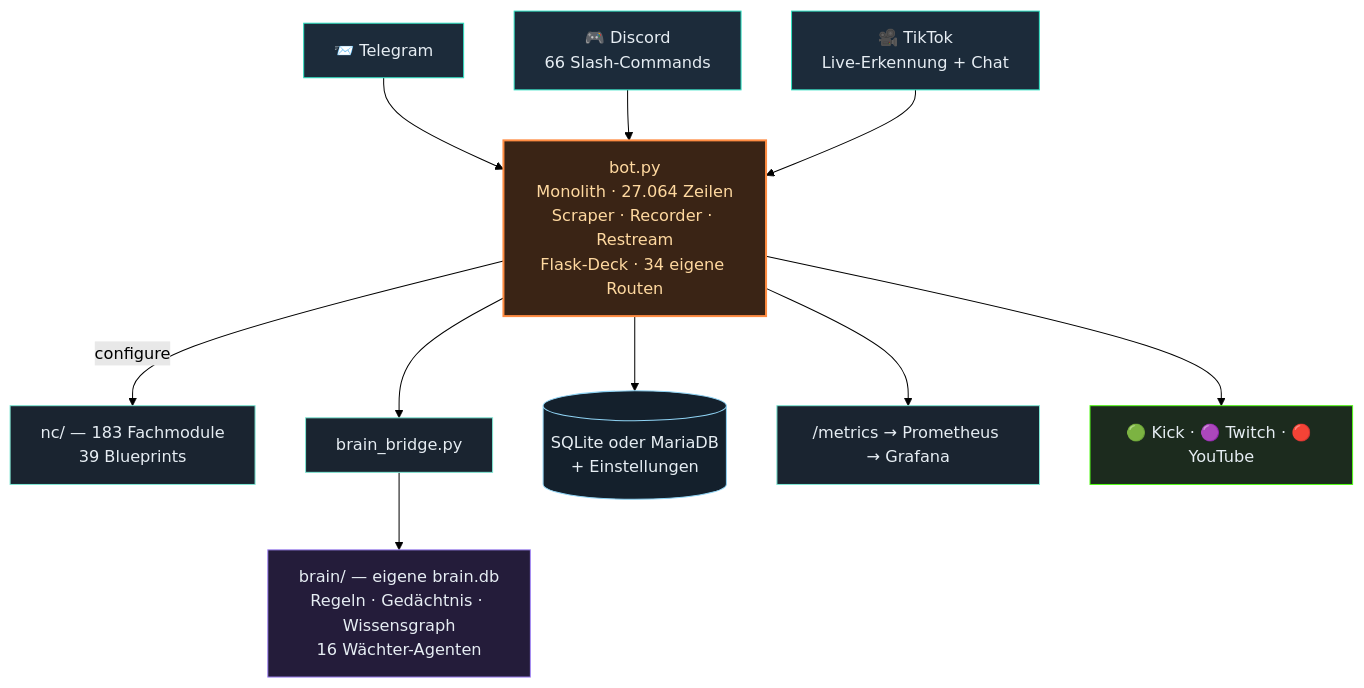
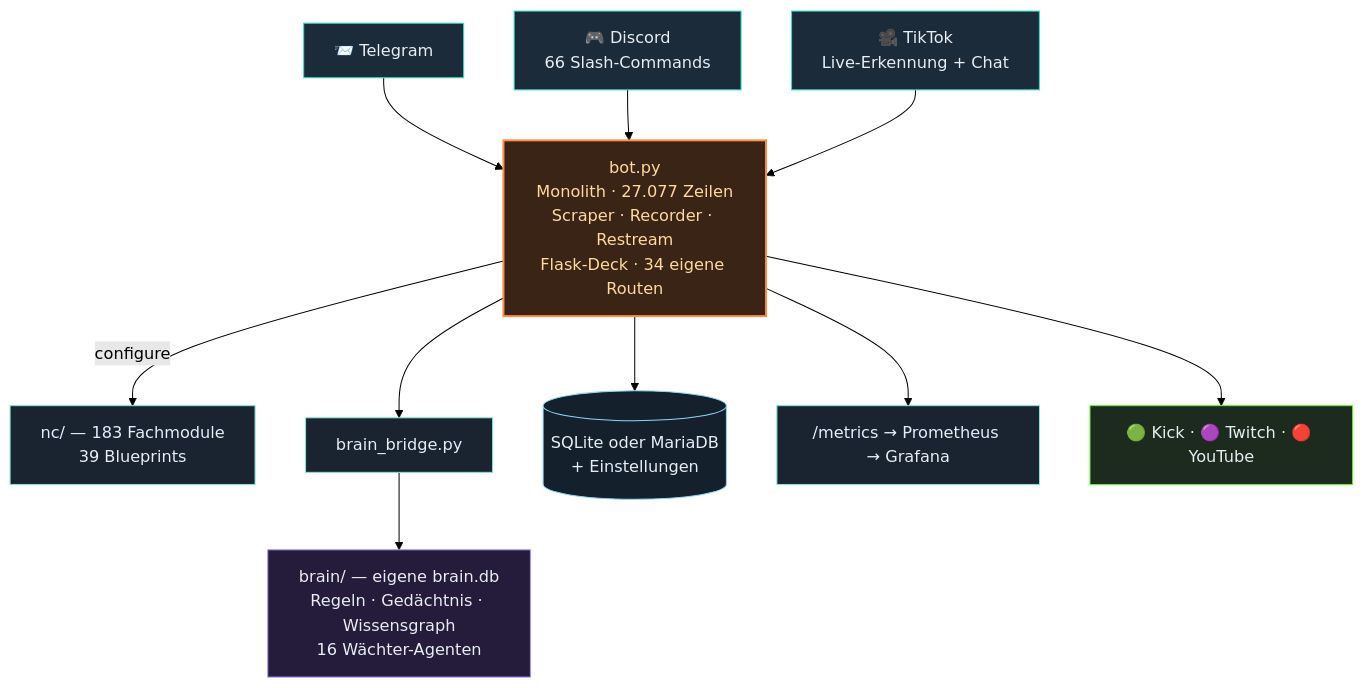
Before and after one commit to itsamemedev/Telegram-Stream-Info-Bot: the second of 3 diagrams in README.md, drawn with Mermaid (forest theme). The commit also changed other lines of this file and 11 other files, not shown here.

````diff
--- a/README.md
+++ b/README.md
@@ -118,19 +118,19 @@
 ```mermaid
 flowchart TB
     TG["📨 Telegram"]:::ein --> BOT
     DC["🎮 Discord<br/>66 Slash-Commands"]:::ein --> BOT
     TT["🎥 TikTok<br/>Live-Erkennung + Chat"]:::ein --> BOT
-    BOT["bot.py<br/>Monolith · 27.064 Zeilen<br/>Scraper · Recorder · Restream<br/>Flask-Deck · 34 eigene Routen"]:::core
+    BOT["bot.py<br/>Monolith · 27.077 Zeilen<br/>Scraper · Recorder · Restream<br/>Flask-Deck · 34 eigene Routen"]:::core
     BOT -->|configure| NC["nc/ — 183 Fachmodule<br/>39 Blueprints"]:::lib
     BOT --> BR["brain_bridge.py"]:::lib
     BR --> BRAIN["brain/ — eigene brain.db<br/>Regeln · Gedächtnis · Wissensgraph<br/>16 Wächter-Agenten"]:::brain
     BOT --> DB[("SQLite oder MariaDB<br/>+ Einstellungen")]:::db
     BOT --> PROM["/metrics → Prometheus → Grafana"]:::lib
     BOT --> OUT["🟢 Kick · 🟣 Twitch · 🔴 YouTube"]:::out
     classDef ein fill:#1c2b3a,stroke:#2de1c2,color:#e6edf3
     classDef core fill:#3a2415,stroke:#ff8c42,stroke-width:2px,color:#ffd9a0
     classDef lib fill:#1a2430,stroke:#7fe7d4,color:#e6edf3
     classDef brain fill:#241c3a,stroke:#a78bfa,color:#e6edf3
     classDef db fill:#14202c,stroke:#8fd3f4,color:#e6edf3
     classDef out fill:#1c2b1e,stroke:#53fc18,color:#e6edf3
 ```
````
